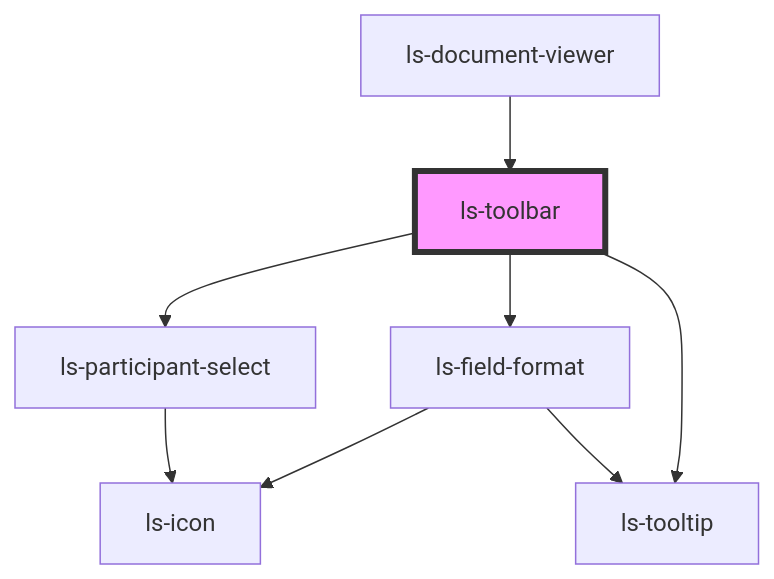
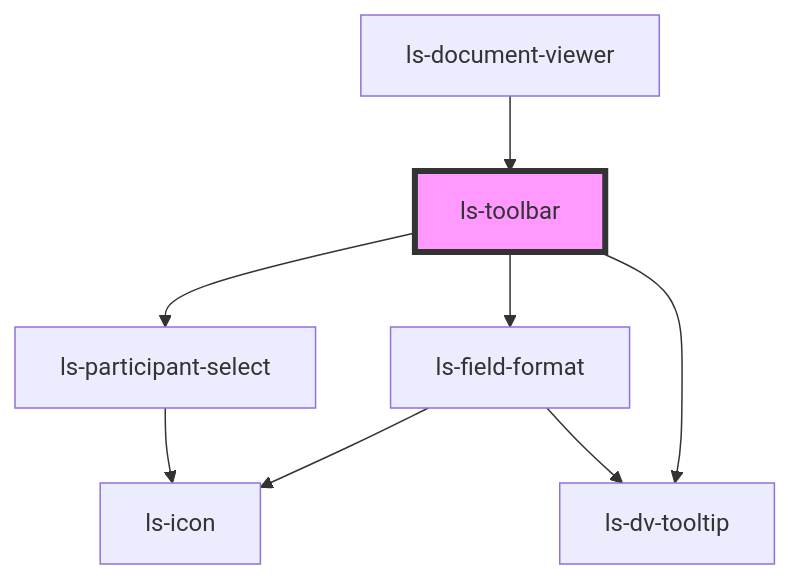
The diagram in src/components/ls-toolbar/readme.md (legalesign/ls-document-viewer), drawn with Mermaid before and after one commit. The commit also changed other lines of this file and 72 other files, not shown here.

````diff
--- a/src/components/ls-toolbar/readme.md
+++ b/src/components/ls-toolbar/readme.md
@@ -40,11 +41,11 @@
 ```mermaid
 graph TD;
   ls-toolbar --> ls-field-format
   ls-toolbar --> ls-participant-select
-  ls-toolbar --> ls-tooltip
+  ls-toolbar --> ls-dv-tooltip
   ls-field-format --> ls-icon
-  ls-field-format --> ls-tooltip
+  ls-field-format --> ls-dv-tooltip
   ls-participant-select --> ls-icon
   ls-document-viewer --> ls-toolbar
   style ls-toolbar fill:#f9f,stroke:#333,stroke-width:4px
 ```
````
